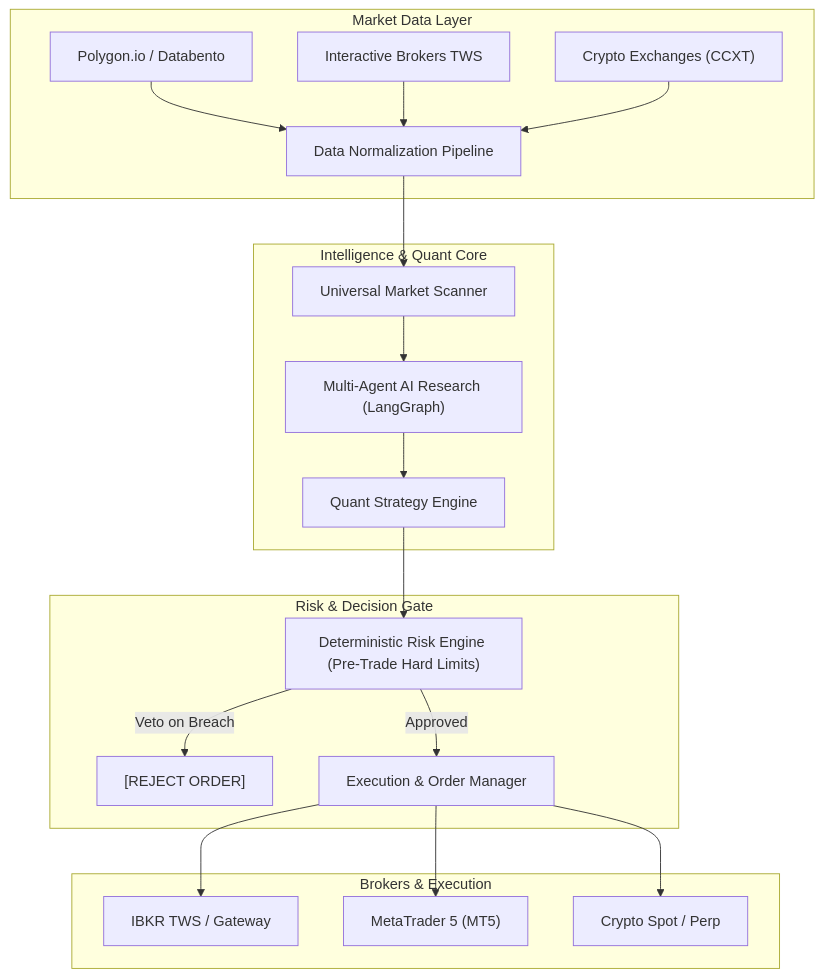
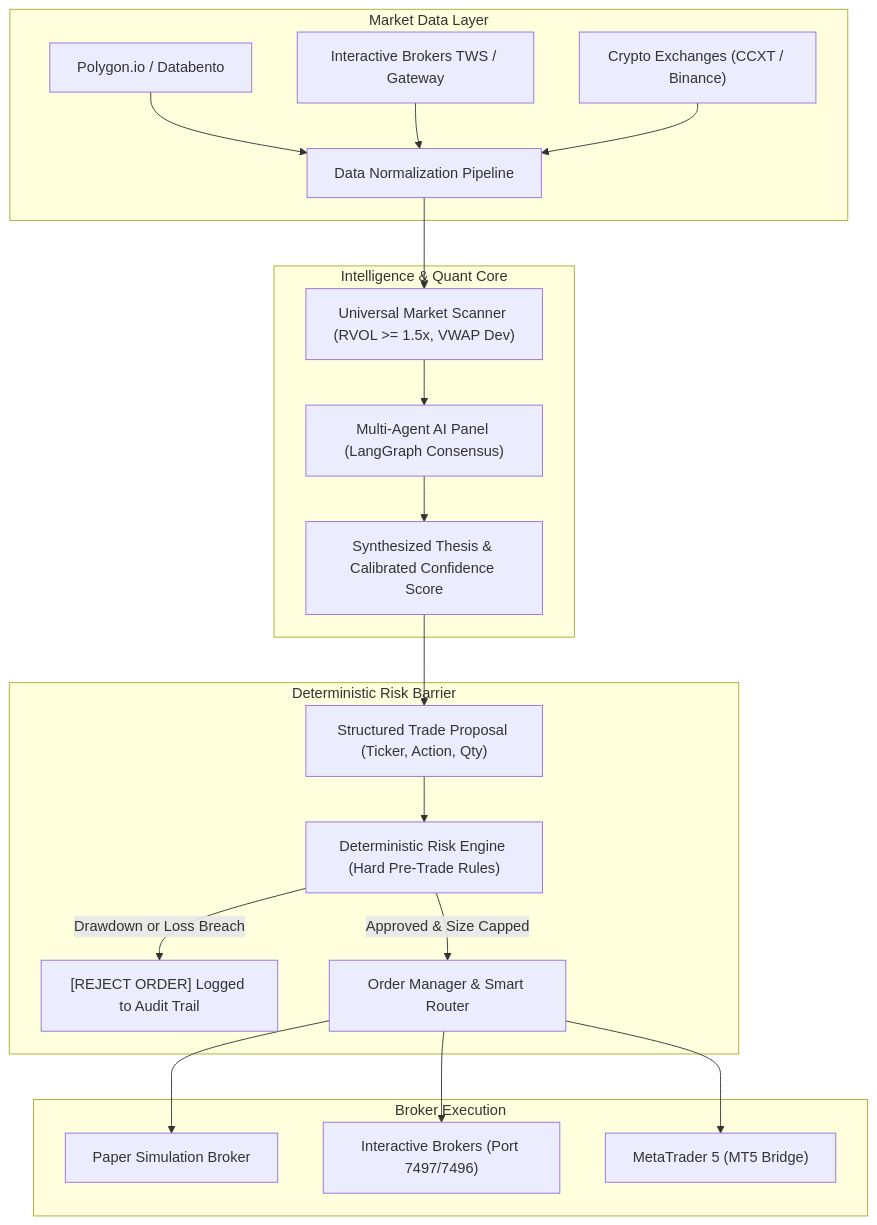
The diagram in README.md (jahanzaib-codes/OpenTradeAI), drawn with Mermaid before and after one commit. The commit also changed other lines of this file, not shown here.

Commit message:
docs: comprehensive README upgrade with architecture, agent consensus matrix, risk gates and REST API docs

````diff
--- a/README.md
+++ b/README.md
@@ -23,26 +60,27 @@
 ```mermaid
 flowchart TD
     subgraph Market Data Layer
         MD1["Polygon.io / Databento"] --> DP["Data Normalization Pipeline"]
-        MD2["Interactive Brokers TWS"] --> DP
-        MD3["Crypto Exchanges (CCXT)"] --> DP
+        MD2["Interactive Brokers TWS / Gateway"] --> DP
+        MD3["Crypto Exchanges (CCXT / Binance)"] --> DP
     end
 
     subgraph Intelligence & Quant Core
-        DP --> MS["Universal Market Scanner"]
-        MS --> AI["Multi-Agent AI Research (LangGraph)"]
-        AI --> STRAT["Quant Strategy Engine"]
+        DP --> MS["Universal Market Scanner (RVOL >= 1.5x, VWAP Dev)"]
+        MS --> AI["Multi-Agent AI Panel (LangGraph Consensus)"]
+        AI --> SYN["Synthesized Thesis & Calibrated Confidence Score"]
     end
 
-    subgraph Risk & Decision Gate
-        STRAT --> RE["Deterministic Risk Engine (Pre-Trade Hard Limits)"]
-        RE -->|Veto on Breach| REJ["[REJECT ORDER]"]
-        RE -->|Approved| EX["Execution & Order Manager"]
+    subgraph Deterministic Risk Barrier
+        SYN --> PROP["Structured Trade Proposal (Ticker, Action, Qty)"]
+        PROP --> RE["Deterministic Risk Engine (Hard Pre-Trade Rules)"]
+        RE -->|Drawdown or Loss Breach| REJ["[REJECT ORDER] Logged to Audit Trail"]
+        RE -->|Approved & Size Capped| EX["Order Manager & Smart Router"]
     end
 
-    subgraph Brokers & Execution
-        EX --> B1["IBKR TWS / Gateway"]
-        EX --> B2["MetaTrader 5 (MT5)"]
-        EX --> B3["Crypto Spot / Perp"]
+    subgraph Broker Execution
+        EX --> B1["Paper Simulation Broker"]
+        EX --> B2["Interactive Brokers (Port 7497/7496)"]
+        EX --> B3["MetaTrader 5 (MT5 Bridge)"]
     end
 ```
````
